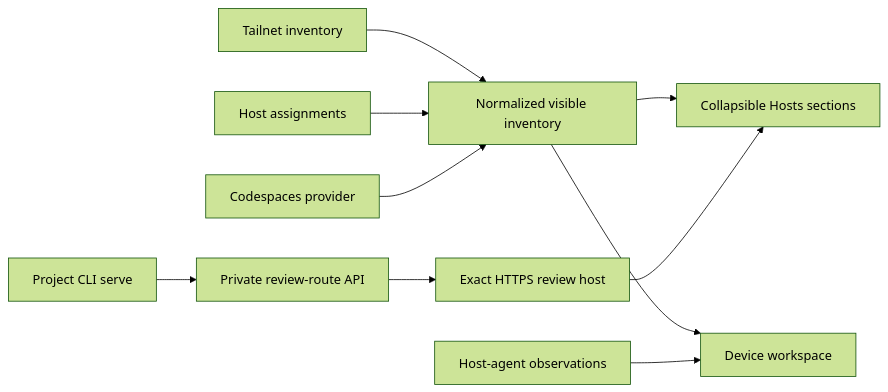
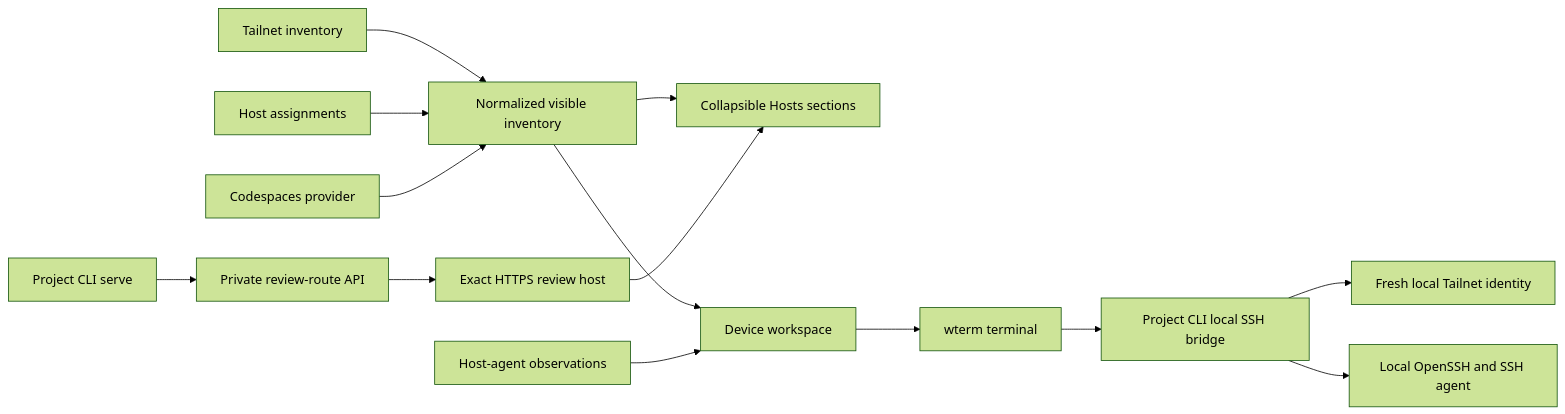
Before and after one commit to DotNaos/project-space: the diagram in apps/docs/content/docs/development/changes/hosts-inventory-and-managed-review/design.mdx, drawn with Mermaid (forest theme). The commit also changed other lines of this file and 14 other files, not shown here.

Commit message:
Add client-owned wterm SSH terminal

````diff
--- a/apps/docs/content/docs/development/changes/hosts-inventory-and-managed-review/design.mdx
+++ b/apps/docs/content/docs/development/changes/hosts-inventory-and-managed-review/design.mdx
@@ -32,13 +32,18 @@
 ```mermaid
 flowchart LR
     T[Tailnet inventory] --> N[Normalized visible inventory]
     A[Host assignments] --> N
     C[Codespaces provider] --> N
     N --> S[Collapsible Hosts sections]
     N --> D[Device workspace]
     H[Host-agent observations] --> D
 
+    D --> W[wterm terminal]
+    W --> B[Project CLI local SSH bridge]
+    B --> L[Fresh local Tailnet identity]
+    B --> O[Local OpenSSH and SSH agent]
+
     P[Project CLI serve] --> R[Private review-route API]
     R --> V[Exact HTTPS review host]
     V --> S
 ```
````
